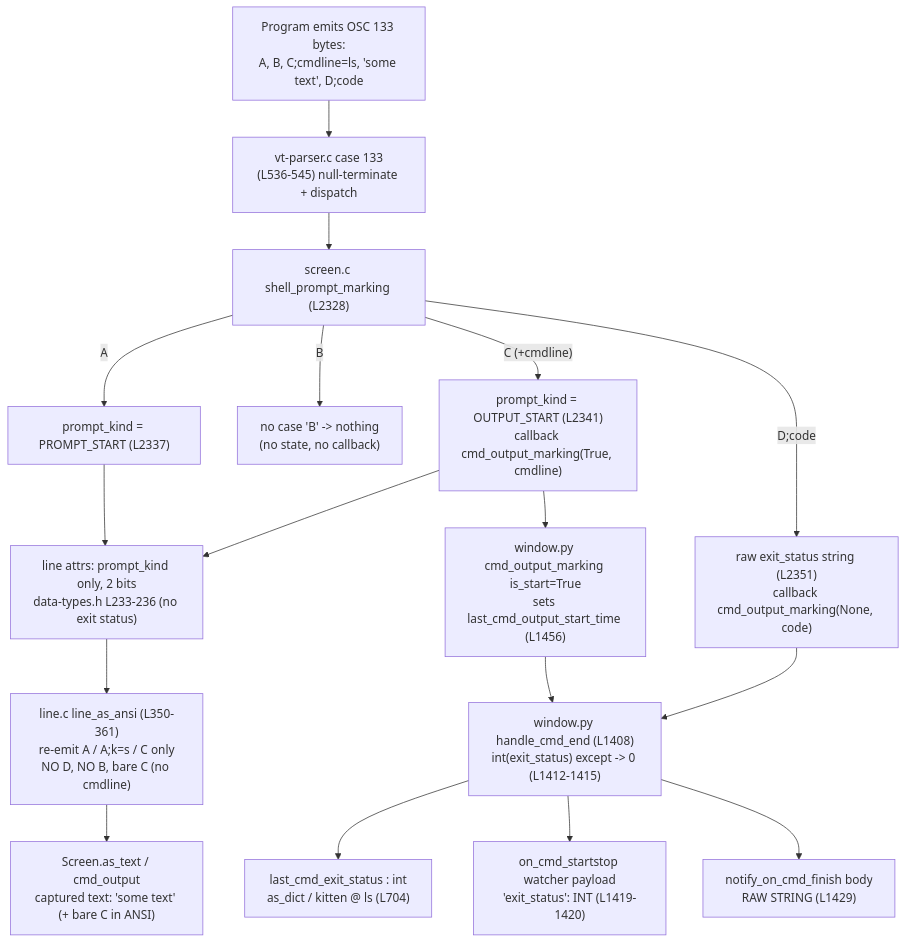
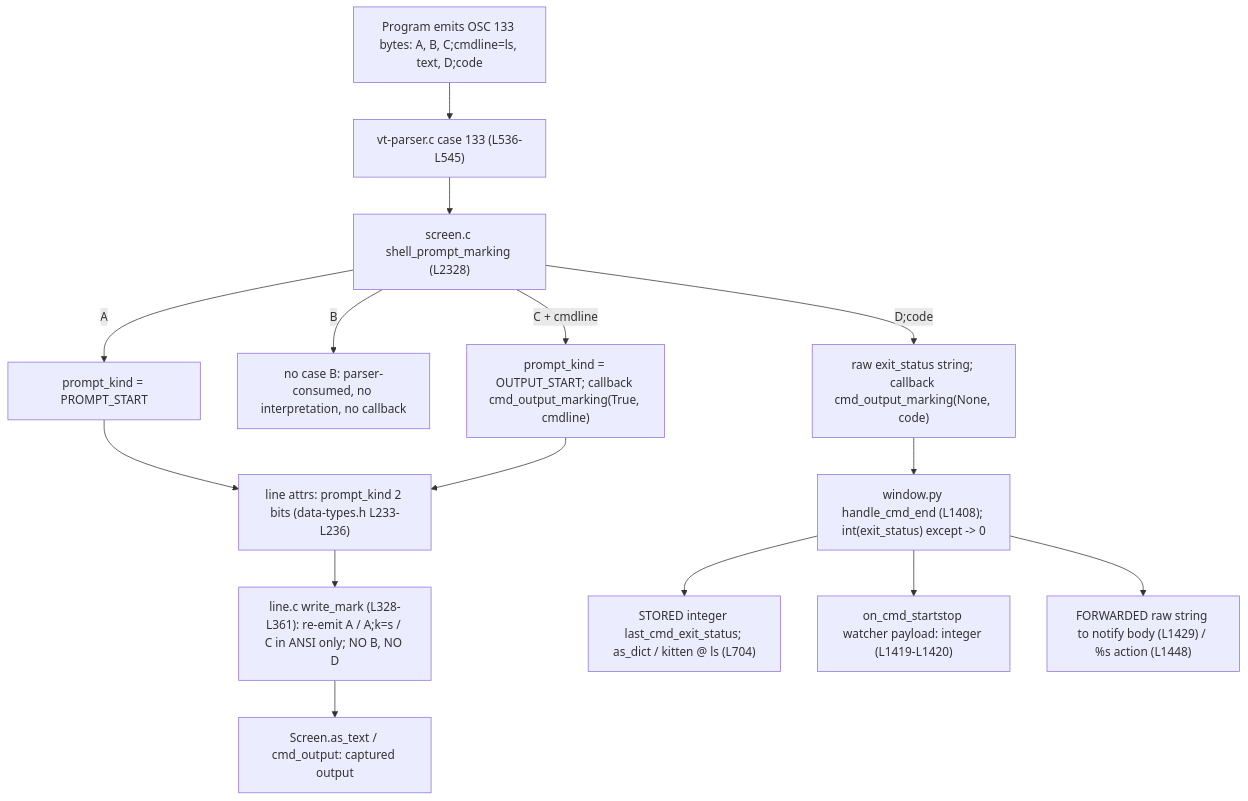
The diagram in blitzy/documentation/kitty_815df1e210e0.md (blitzy-research/kitty), drawn with Mermaid before and after one commit. The commit also changed other lines of this file, not shown here.

First line of the commit message:
docs(osc133): rewrite OSC 133 investigation to resolve 14 code-review findings

````diff
--- a/blitzy/documentation/kitty_815df1e210e0.md
+++ b/blitzy/documentation/kitty_815df1e210e0.md
@@ -517,19 +685,17 @@
 ```mermaid
 flowchart TD
-    P["Program emits OSC 133 bytes:<br/>A, B, C;cmdline=ls, 'some text', D;code"] --> VP["vt-parser.c case 133<br/>(L536-545) null-terminate + dispatch"]
+    P["Program emits OSC 133 bytes: A, B, C;cmdline=ls, text, D;code"] --> VP["vt-parser.c case 133 (L536-L545)"]
     VP --> SPM["screen.c shell_prompt_marking (L2328)"]
-    SPM -->|"A"| KA["prompt_kind = PROMPT_START (L2337)"]
-    SPM -->|"B"| NB["no case 'B' -> nothing<br/>(no state, no callback)"]
-    SPM -->|"C (+cmdline)"| KC["prompt_kind = OUTPUT_START (L2341)<br/>callback cmd_output_marking(True, cmdline)"]
-    SPM -->|"D;code"| KD["raw exit_status string (L2351)<br/>callback cmd_output_marking(None, code)"]
-    KA --> LB["line attrs: prompt_kind only, 2 bits<br/>data-types.h L233-236 (no exit status)"]
+    SPM -->|A| KA["prompt_kind = PROMPT_START"]
+    SPM -->|B| NB["no case B: parser-consumed, no interpretation, no callback"]
+    SPM -->|C + cmdline| KC["prompt_kind = OUTPUT_START; callback cmd_output_marking(True, cmdline)"]
+    SPM -->|D;code| KD["raw exit_status string; callback cmd_output_marking(None, code)"]
+    KA --> LB["line attrs: prompt_kind 2 bits (data-types.h L233-L236)"]
     KC --> LB
-    LB --> RE["line.c line_as_ansi (L350-361)<br/>re-emit A / A;k=s / C only<br/>NO D, NO B, bare C (no cmdline)"]
-    RE --> CAP["Screen.as_text / cmd_output<br/>captured text: 'some text' (+ bare C in ANSI)"]
-    KC --> ST["window.py cmd_output_marking is_start=True<br/>sets last_cmd_output_start_time (L1456)"]
-    KD --> HCE["window.py handle_cmd_end (L1408)<br/>int(exit_status) except -> 0 (L1412-1415)"]
-    ST --> HCE
-    HCE --> LCES["last_cmd_exit_status : int<br/>as_dict / kitten @ ls (L704)"]
-    HCE --> W["on_cmd_startstop watcher payload<br/>'exit_status': INT (L1419-1420)"]
-    HCE --> N["notify_on_cmd_finish body<br/>RAW STRING (L1429)"]
+    LB --> RE["line.c write_mark (L328-L361): re-emit A / A;k=s / C in ANSI only; NO B, NO D"]
+    RE --> CAP["Screen.as_text / cmd_output: captured output"]
+    KD --> HCE["window.py handle_cmd_end (L1408); int(exit_status) except -> 0"]
+    HCE --> LCES["STORED integer last_cmd_exit_status; as_dict / kitten @ ls (L704)"]
+    HCE --> W["on_cmd_startstop watcher payload: integer (L1419-L1420)"]
+    HCE --> N["FORWARDED raw string to notify body (L1429) / %s action (L1448)"]
 ```
````
